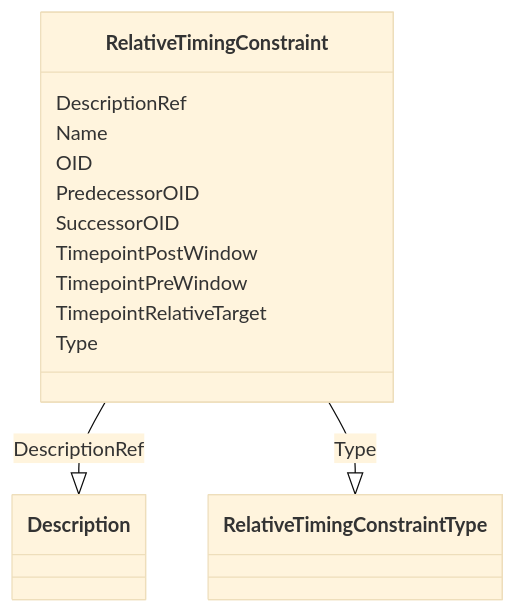
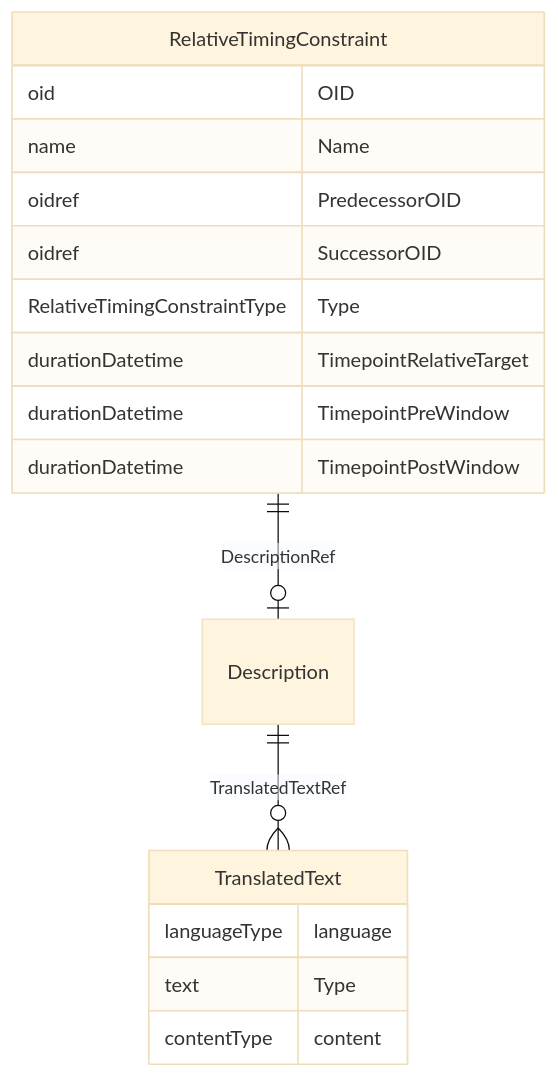
One commit to cdisc-org/DataExchange-ODM-LinkML changed the diagram in docs/RelativeTimingConstraint.md. Above: the diagram before and after it, drawn with Mermaid (base theme). The commit also changed other lines of this file and 181 other files, not shown here.

Commit message:
ER diagrams working via templates and removing names with underscores

````diff
--- a/docs/RelativeTimingConstraint.md
+++ b/docs/RelativeTimingConstraint.md
@@ -14,27 +11,25 @@
 ```mermaid
- classDiagram
-    class RelativeTimingConstraint
-      RelativeTimingConstraint : DescriptionRef
-        
-          RelativeTimingConstraint --|> Description : DescriptionRef
-        
-      RelativeTimingConstraint : Name
-        
-      RelativeTimingConstraint : OID
-        
-      RelativeTimingConstraint : PredecessorOID
-        
-      RelativeTimingConstraint : SuccessorOID
-        
-      RelativeTimingConstraint : TimepointPostWindow
-        
-      RelativeTimingConstraint : TimepointPreWindow
-        
-      RelativeTimingConstraint : TimepointRelativeTarget
-        
-      RelativeTimingConstraint : Type
-        
-          RelativeTimingConstraint --|> RelativeTimingConstraintType : Type
-        
-      
+erDiagram
+RelativeTimingConstraint {
+    oid OID  
+    name Name  
+    oidref PredecessorOID  
+    oidref SuccessorOID  
+    RelativeTimingConstraintType Type  
+    durationDatetime TimepointRelativeTarget  
+    durationDatetime TimepointPreWindow  
+    durationDatetime TimepointPostWindow  
+}
+Description {
+
+}
+TranslatedText {
+    languageType language  
+    text Type  
+    contentType content  
+}
+
+RelativeTimingConstraint ||--|o Description : "DescriptionRef"
+Description ||--}o TranslatedText : "TranslatedTextRef"
+
 ```
````
